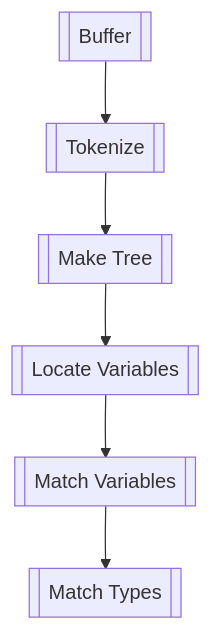
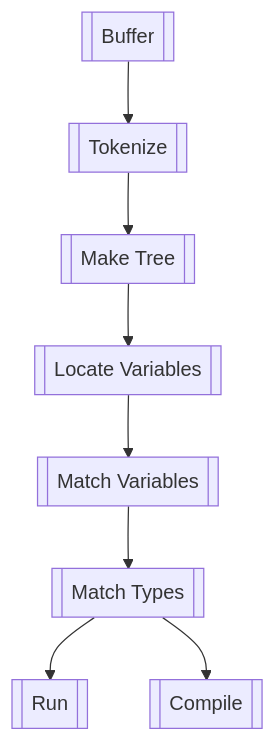
The fifth of 5 diagrams in Implementation.md (Jzhyang1/Monomer), drawn with Mermaid before and after one commit. The commit also changed other lines of this file, not shown here.

````diff
--- a/Implementation.md
+++ b/Implementation.md
@@ -215,8 +215,10 @@
 ```mermaid
 graph TD
 A[[Buffer]] --> B[[Tokenize]]
 B --> C[[Make Tree]]
 C --> D[[Locate Variables]]
 D --> E[[Match Variables]]
 E --> F[[Match Types]]
+F --> G[[Run]]
+F --> H[[Compile]]
 ```
````
